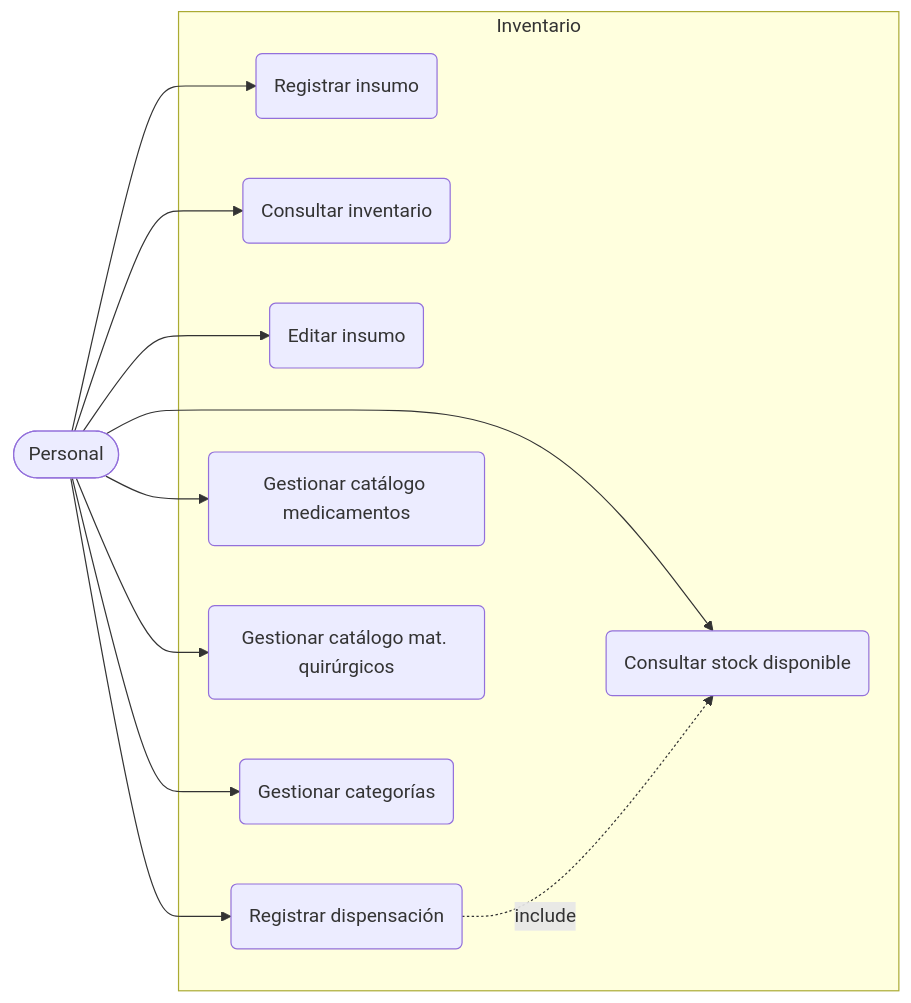
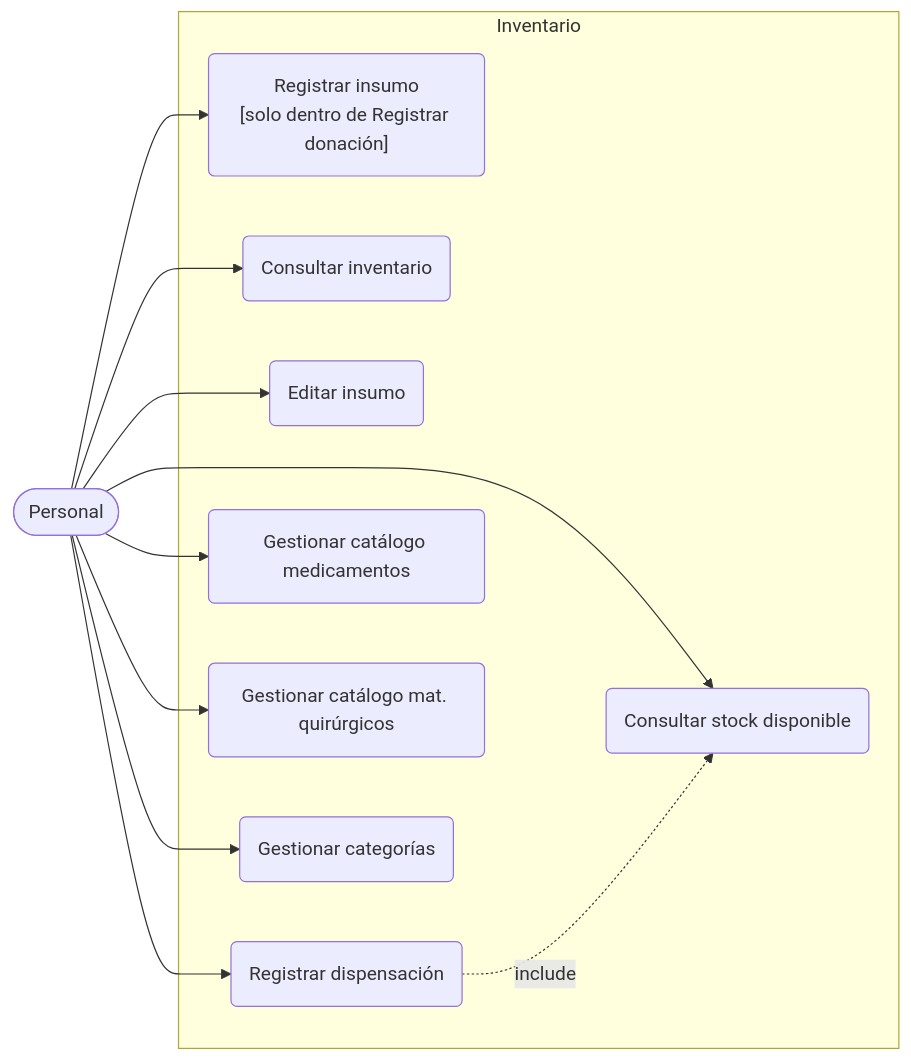
One commit to DaikoneKisu/san-martin-de-porres-parish-pharmacy-community-service changed the diagram in docs/per-module/inventory/use-cases.mermaid. Above: the diagram before and after it, drawn with Mermaid. The commit also changed 1 other file, not shown here.

```diff
--- a/docs/per-module/inventory/use-cases.mermaid
+++ b/docs/per-module/inventory/use-cases.mermaid
@@ -1,16 +1,16 @@
 flowchart LR
   P([Personal])
 
   subgraph Inventario
-    UC12(Registrar insumo)
+    UC12("Registrar insumo<br>[solo dentro de Registrar donación]")
     UC13(Consultar inventario)
     UC14(Editar insumo)
     UC15(Registrar dispensación)
     UC16(Consultar stock disponible)
     UC17(Gestionar catálogo medicamentos)
     UC18(Gestionar catálogo mat. quirúrgicos)
     UC19(Gestionar categorías)
   end
 
   P --> UC12 & UC13 & UC14 & UC15 & UC16 & UC17 & UC18 & UC19
   UC15 -.->|include| UC16
```
